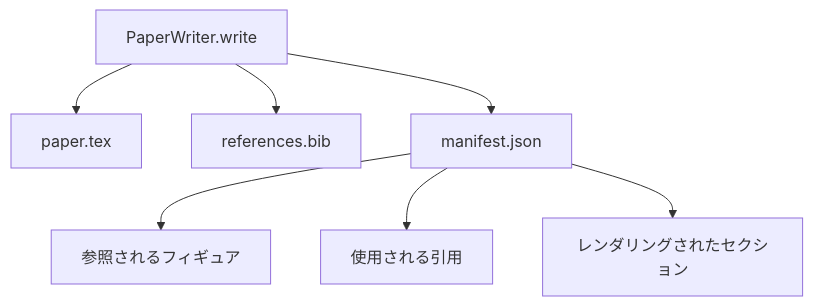
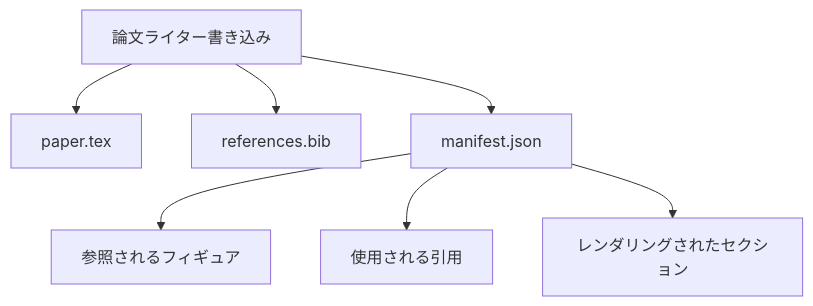
The third of 3 diagrams in content/phases/19-capstone-projects/54-paper-writer/lesson.ja.md (shoshoshomen/synapse-academy), drawn with Mermaid before and after one commit. The commit also changed other lines of this file and 124 other files, not shown here.

First line of the commit message:
feat(i18n): mermaid図のラベルを日本語化(194レッスン/374図)

````diff
--- a/content/phases/19-capstone-projects/54-paper-writer/lesson.ja.md
+++ b/content/phases/19-capstone-projects/54-paper-writer/lesson.ja.md
@@ -71,9 +71,9 @@
 ```mermaid
 flowchart TB
-    Writer[PaperWriter.write] --> Tex[paper.tex]
-    Writer --> Bib[references.bib]
-    Writer --> Man[manifest.json]
-    Man --> F[参照されるフィギュア]
-    Man --> C[使用される引用]
-    Man --> S[レンダリングされたセクション]
+    Writer["論文ライター書き込み"] --> Tex["paper.tex"]
+    Writer --> Bib["references.bib"]
+    Writer --> Man["manifest.json"]
+    Man --> F["参照されるフィギュア"]
+    Man --> C["使用される引用"]
+    Man --> S["レンダリングされたセクション"]
 ```
````
